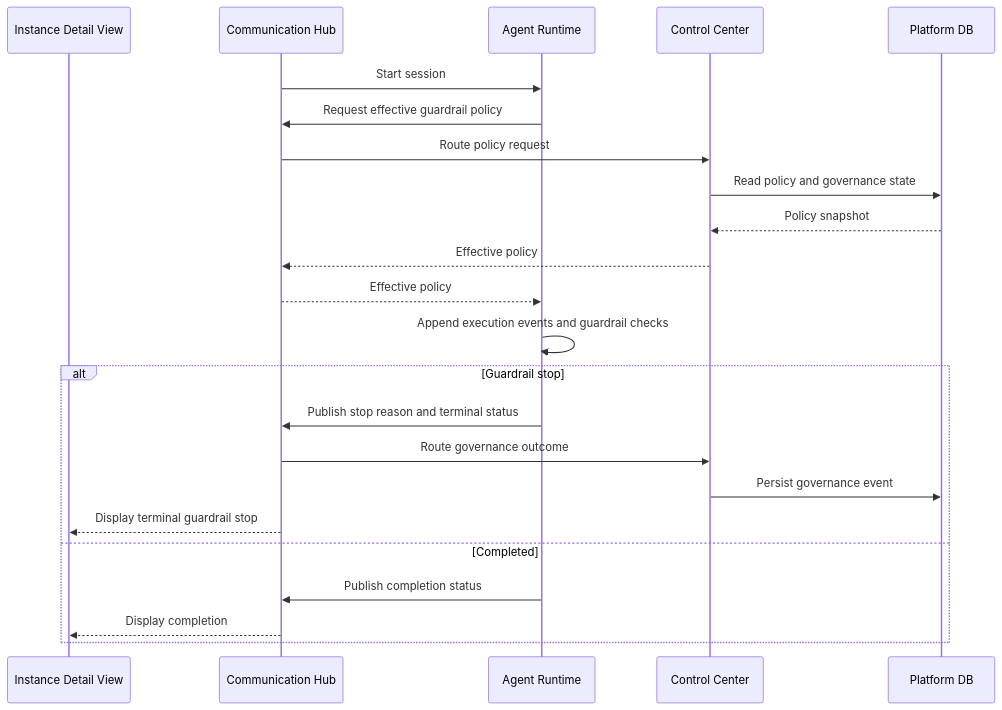
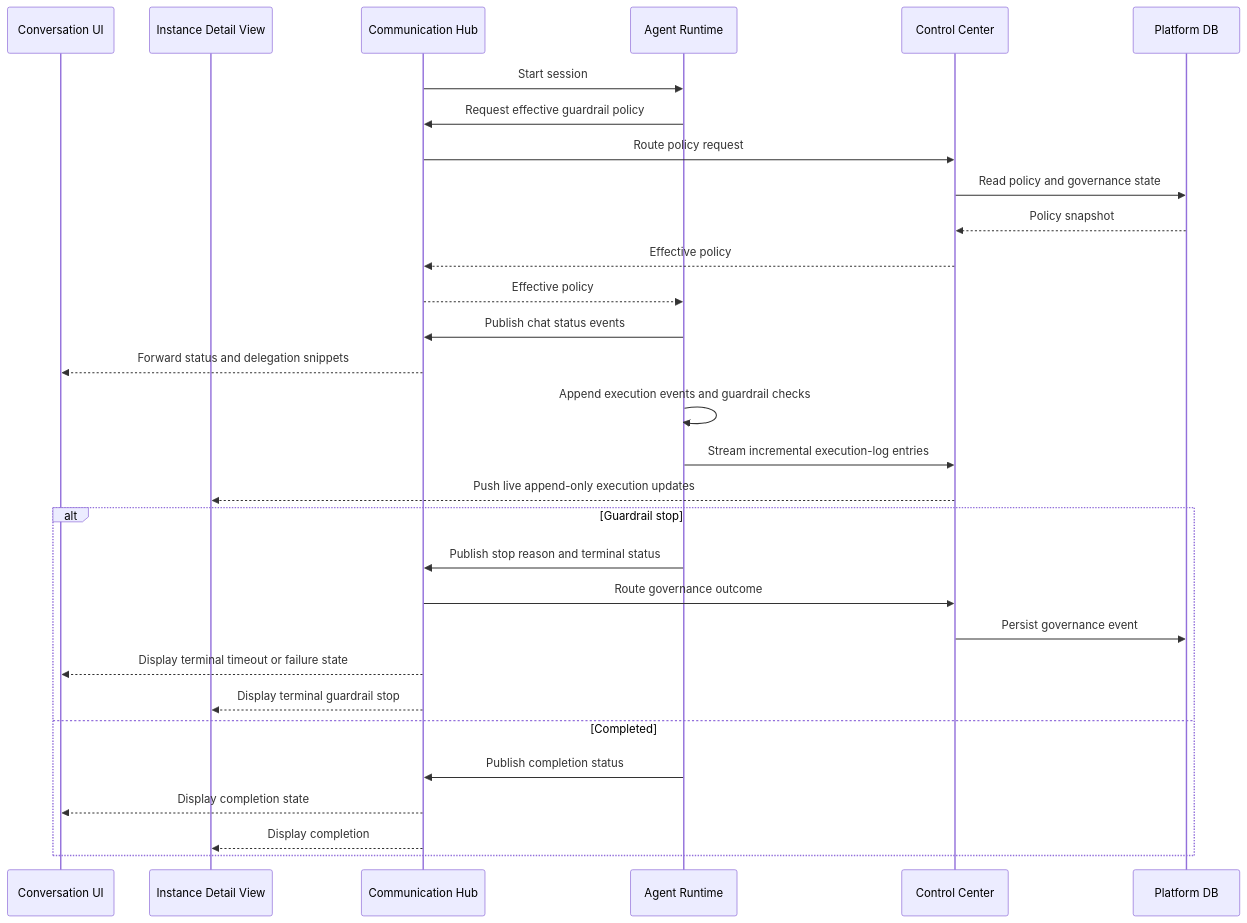
Before and after one commit to hurungang/parthenon: the first of 2 diagrams in docs/master/architecture/modules/execution-logs.md, drawn with Mermaid. The commit also changed 21 other files, not shown here.

````diff
--- a/docs/master/architecture/modules/execution-logs.md
+++ b/docs/master/architecture/modules/execution-logs.md
@@ -3,26 +3,33 @@
 ```mermaid
 sequenceDiagram
+    participant CHAT as Conversation UI
     participant UI as Instance Detail View
     participant CH as Communication Hub
     participant AR as Agent Runtime
     participant CC as Control Center
     participant DB as Platform DB
 
     CH->>AR: Start session
     AR->>CH: Request effective guardrail policy
     CH->>CC: Route policy request
     CC->>DB: Read policy and governance state
     DB-->>CC: Policy snapshot
     CC-->>CH: Effective policy
     CH-->>AR: Effective policy
+    AR->>CH: Publish chat status events
+    CH-->>CHAT: Forward status and delegation snippets
     AR->>AR: Append execution events and guardrail checks
+    AR->>CC: Stream incremental execution-log entries
+    CC-->>UI: Push live append-only execution updates
     alt Guardrail stop
         AR->>CH: Publish stop reason and terminal status
         CH->>CC: Route governance outcome
         CC->>DB: Persist governance event
+        CH-->>CHAT: Display terminal timeout or failure state
         CH-->>UI: Display terminal guardrail stop
     else Completed
         AR->>CH: Publish completion status
+        CH-->>CHAT: Display completion state
         CH-->>UI: Display completion
     end
 ```
````
